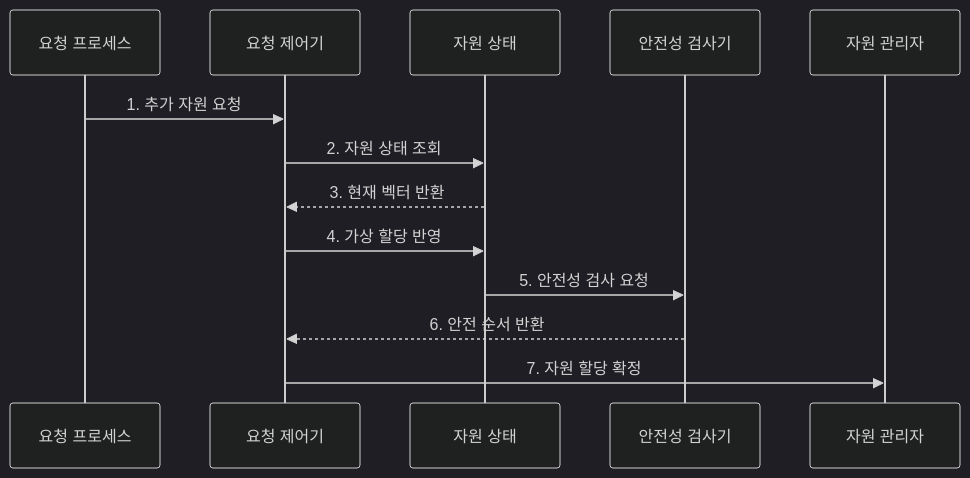
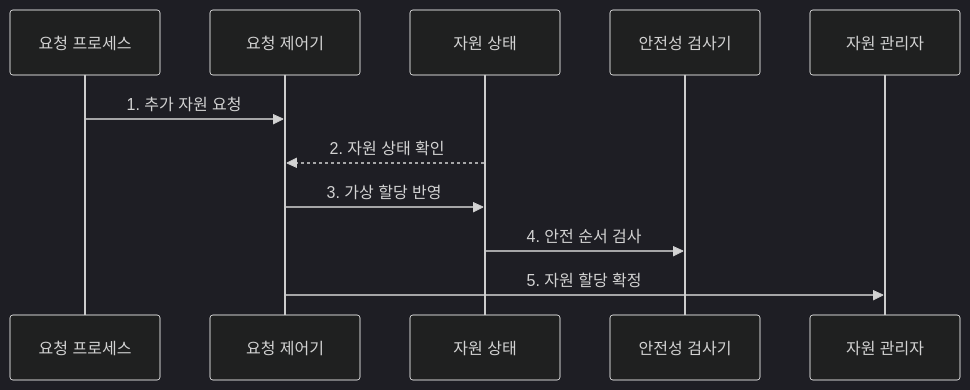
The second of 2 diagrams in src/content/docs/notes/03-software/010_bankers_algorithm.md (agnusdei1207/knowledge-base), drawn with Mermaid (dark theme) before and after one commit. The commit also changed other lines of this file and 238 other files, not shown here.

````diff
--- a/src/content/docs/notes/03-software/010_bankers_algorithm.md
+++ b/src/content/docs/notes/03-software/010_bankers_algorithm.md
@@ -94,15 +94,13 @@
 ```mermaid
 sequenceDiagram
     participant P as 요청 프로세스
     participant C as 요청 제어기
     participant S as 자원 상태
     participant A as 안전성 검사기
     participant R as 자원 관리자
     P->>C: 1. 추가 자원 요청
-    C->>S: 2. 자원 상태 조회
-    S-->>C: 3. 현재 벡터 반환
-    C->>S: 4. 가상 할당 반영
-    S->>A: 5. 안전성 검사 요청
-    A-->>C: 6. 안전 순서 반환
-    C->>R: 7. 자원 할당 확정
+    S-->>C: 2. 자원 상태 확인
+    C->>S: 3. 가상 할당 반영
+    S->>A: 4. 안전 순서 검사
+    C->>R: 5. 자원 할당 확정
 ```
````
